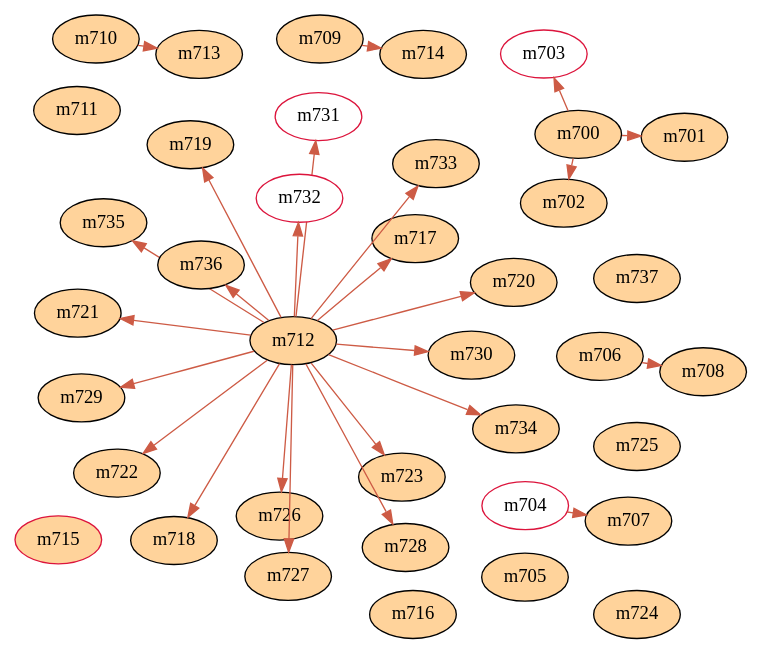
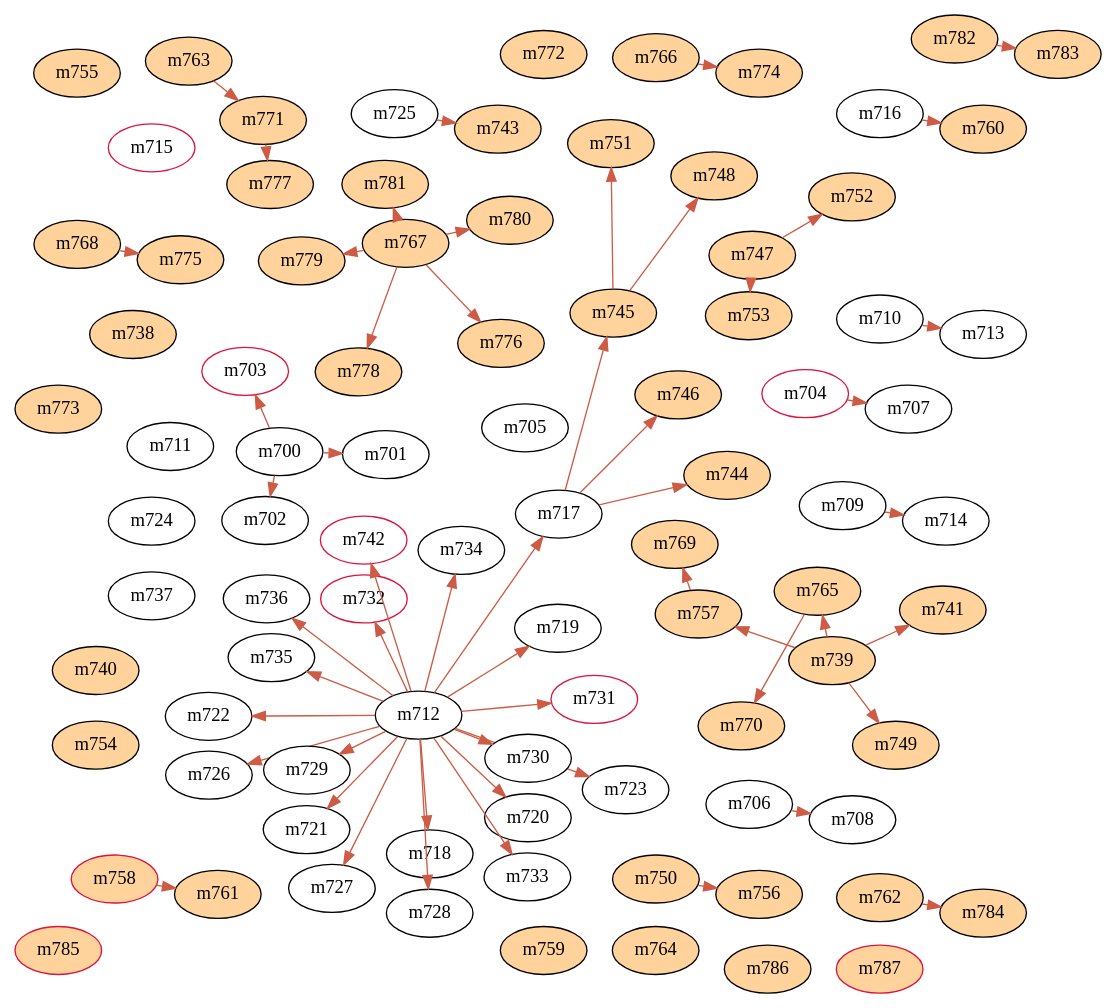
The diagram in report/matsue/infections.dot (spiegel-im-spiegel/covid-2019-report), drawn with Graphviz before and after one commit. The commit also changed 12 other files, not shown here.

```diff
--- a/report/matsue/infections.dot
+++ b/report/matsue/infections.dot
@@ -1,79 +1,158 @@
 digraph infections {
 	graph [
 		charset = "UTF-8",
 		layout = fdp
 	];
 	node [
 		fontname="Inconsolata",
 		fontcolor = black,
 		style = "solid,filled",
 		color = black
 		fillcolor = white
 	];
 	edge [
 		color = coral3
 	];
-	m700[fillcolor=burlywood1];
-	m701[fillcolor=burlywood1];
-	m702[fillcolor=burlywood1];
+	m700;
+	m701;
+	m702;
 	m703[color=crimson];
 	m704[color=crimson];
-	m705[fillcolor=burlywood1];
-	m706[fillcolor=burlywood1];
-	m707[fillcolor=burlywood1];
-	m708[fillcolor=burlywood1];
-	m709[fillcolor=burlywood1];
-	m710[fillcolor=burlywood1];
-	m711[fillcolor=burlywood1];
-	m712[fillcolor=burlywood1];
-	m713[fillcolor=burlywood1];
-	m714[fillcolor=burlywood1];
-	m715[color=crimson,fillcolor=burlywood1];
-	m716[fillcolor=burlywood1];
-	m717[fillcolor=burlywood1];
-	m718[fillcolor=burlywood1];
-	m719[fillcolor=burlywood1];
-	m720[fillcolor=burlywood1];
-	m721[fillcolor=burlywood1];
-	m722[fillcolor=burlywood1];
-	m723[fillcolor=burlywood1];
-	m724[fillcolor=burlywood1];
-	m725[fillcolor=burlywood1];
-	m726[fillcolor=burlywood1];
-	m727[fillcolor=burlywood1];
-	m728[fillcolor=burlywood1];
-	m729[fillcolor=burlywood1];
-	m730[fillcolor=burlywood1];
+	m705;
+	m706;
+	m707;
+	m708;
+	m709;
+	m710;
+	m711;
+	m712;
+	m713;
+	m714;
+	m715[color=crimson];
+	m716;
+	m717;
+	m718;
+	m719;
+	m720;
+	m721;
+	m722;
+	m723;
+	m724;
+	m725;
+	m726;
+	m727;
+	m728;
+	m729;
+	m730;
 	m731[color=crimson];
 	m732[color=crimson];
-	m733[fillcolor=burlywood1];
-	m734[fillcolor=burlywood1];
-	m735[fillcolor=burlywood1];
-	m736[fillcolor=burlywood1];
-	m737[fillcolor=burlywood1];
+	m733;
+	m734;
+	m735;
+	m736;
+	m737;
+	m738[fillcolor=burlywood1];
+	m739[fillcolor=burlywood1];
+	m740[fillcolor=burlywood1];
+	m741[fillcolor=burlywood1];
+	m742[color=crimson];
+	m743[fillcolor=burlywood1];
+	m744[fillcolor=burlywood1];
+	m745[fillcolor=burlywood1];
+	m746[fillcolor=burlywood1];
+	m747[fillcolor=burlywood1];
+	m748[fillcolor=burlywood1];
+	m749[fillcolor=burlywood1];
+	m750[fillcolor=burlywood1];
+	m751[fillcolor=burlywood1];
+	m752[fillcolor=burlywood1];
+	m753[fillcolor=burlywood1];
+	m754[fillcolor=burlywood1];
+	m755[fillcolor=burlywood1];
+	m756[fillcolor=burlywood1];
+	m757[fillcolor=burlywood1];
+	m758[color=crimson,fillcolor=burlywood1];
+	m759[fillcolor=burlywood1];
+	m760[fillcolor=burlywood1];
+	m761[fillcolor=burlywood1];
+	m762[fillcolor=burlywood1];
+	m763[fillcolor=burlywood1];
+	m764[fillcolor=burlywood1];
+	m765[fillcolor=burlywood1];
+	m766[fillcolor=burlywood1];
+	m767[fillcolor=burlywood1];
+	m768[fillcolor=burlywood1];
+	m769[fillcolor=burlywood1];
+	m770[fillcolor=burlywood1];
+	m771[fillcolor=burlywood1];
+	m772[fillcolor=burlywood1];
+	m773[fillcolor=burlywood1];
+	m774[fillcolor=burlywood1];
+	m775[fillcolor=burlywood1];
+	m776[fillcolor=burlywood1];
+	m777[fillcolor=burlywood1];
+	m778[fillcolor=burlywood1];
+	m779[fillcolor=burlywood1];
+	m780[fillcolor=burlywood1];
+	m781[fillcolor=burlywood1];
+	m782[fillcolor=burlywood1];
+	m783[fillcolor=burlywood1];
+	m784[fillcolor=burlywood1];
+	m785[color=crimson,fillcolor=burlywood1];
+	m786[fillcolor=burlywood1];
+	m787[color=crimson,fillcolor=burlywood1];
 	m700->m701;
 	m700->m702;
 	m700->m703;
 	m704->m707;
 	m706->m708;
 	m710->m713;
 	m709->m714;
 	m712->m717;
 	m712->m718;
 	m712->m719;
 	m712->m720;
 	m712->m721;
 	m712->m722;
 	m712->m723;
 	m712->m726;
 	m712->m727;
 	m712->m728;
 	m712->m729;
 	m712->m730;
 	m712->m731;
 	m712->m732;
 	m712->m733;
 	m712->m734;
 	m712->m735;
 	m712->m736;
+	m739->m741;
+	m712->m742;
+	m725->m743;
+	m717->m744;
+	m717->m745;
+	m717->m746;
+	m745->m748;
+	m739->m749;
+	m745->m751;
+	m747->m752;
+	m747->m753;
+	m750->m756;
+	m739->m757;
+	m716->m760;
+	m758->m761;
+	m739->m765;
+	m757->m769;
+	m765->m770;
+	m763->m771;
+	m766->m774;
+	m768->m775;
+	m767->m776;
+	m771->m777;
+	m767->m778;
+	m767->m779;
+	m767->m780;
+	m767->m781;
+	m782->m783;
+	m762->m784;
 }
```
